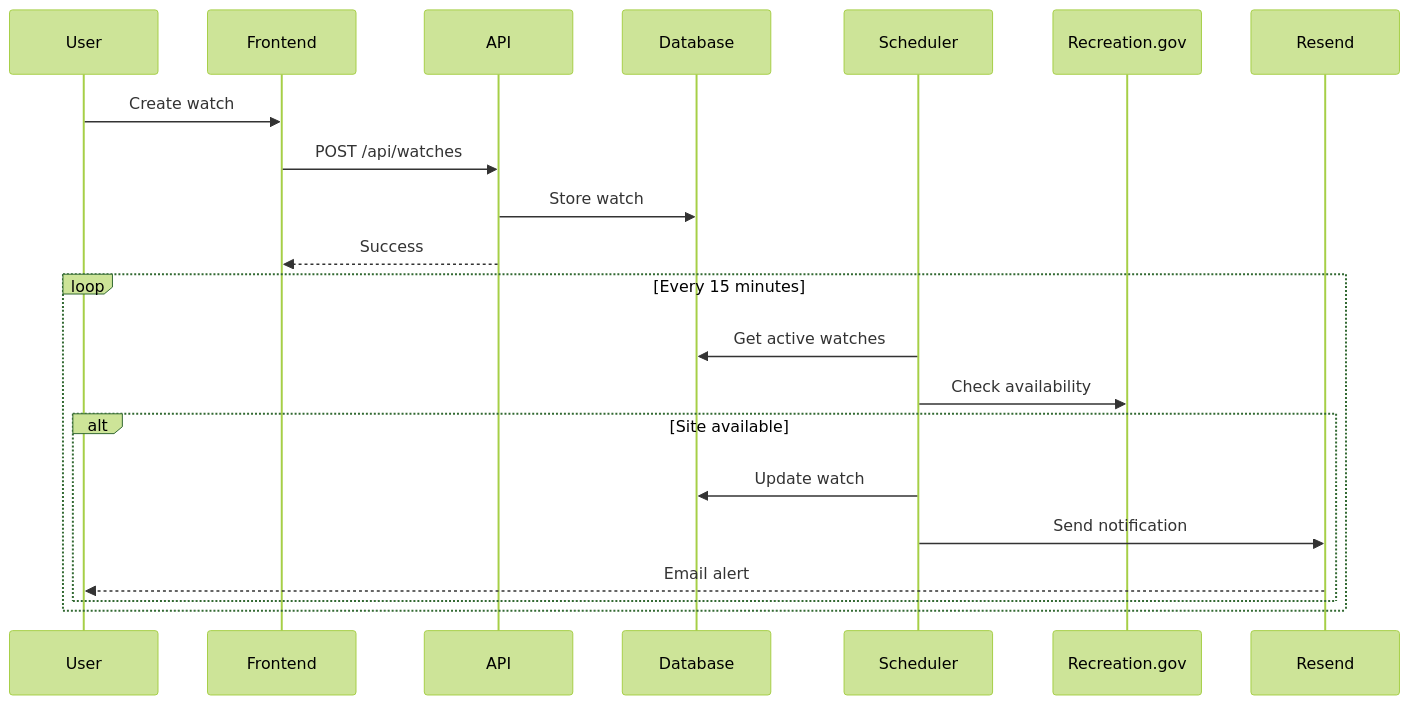
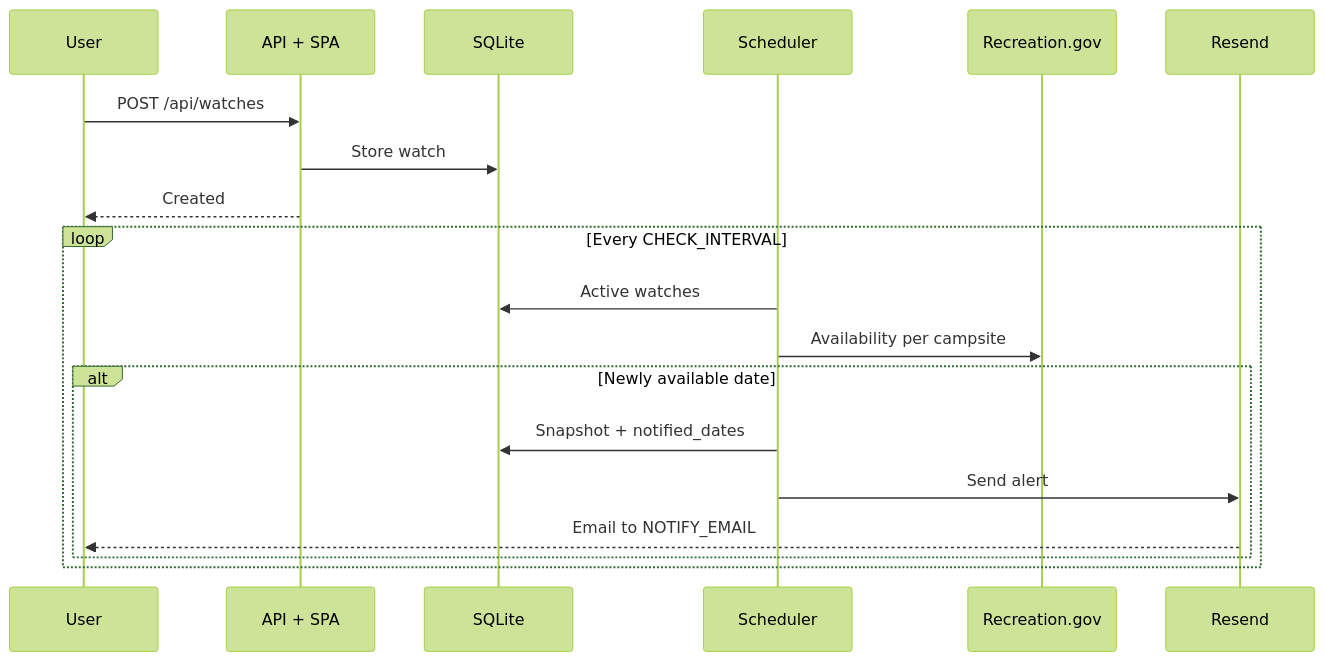
The second of 2 diagrams in README.md (adamcnaglich/campsight), drawn with Mermaid (forest theme) before and after one commit. The commit also changed other lines of this file and 66 other files, not shown here.

````diff
--- a/README.md
+++ b/README.md
@@ -186,25 +141,23 @@
 ```mermaid
 sequenceDiagram
     participant User
-    participant Frontend
-    participant API
-    participant Database
+    participant App as API + SPA
+    participant DB as SQLite
     participant Scheduler
     participant RecGov as Recreation.gov
     participant Email as Resend
 
-    User->>Frontend: Create watch
-    Frontend->>API: POST /api/watches
-    API->>Database: Store watch
-    API-->>Frontend: Success
+    User->>App: POST /api/watches
+    App->>DB: Store watch
+    App-->>User: Created
 
-    loop Every 15 minutes
-        Scheduler->>Database: Get active watches
-        Scheduler->>RecGov: Check availability
-        alt Site available
-            Scheduler->>Database: Update watch
-            Scheduler->>Email: Send notification
-            Email-->>User: Email alert
+    loop Every CHECK_INTERVAL
+        Scheduler->>DB: Active watches
+        Scheduler->>RecGov: Availability per campsite
+        alt Newly available date
+            Scheduler->>DB: Snapshot + notified_dates
+            Scheduler->>Email: Send alert
+            Email-->>User: Email to NOTIFY_EMAIL
         end
     end
 ```
````
